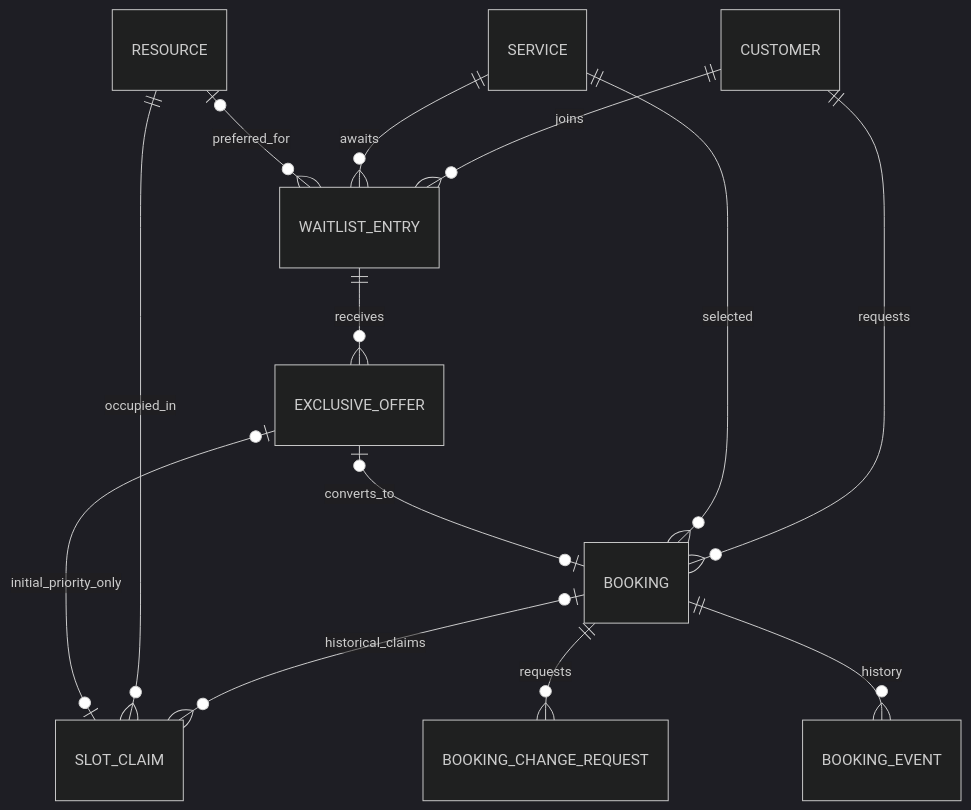
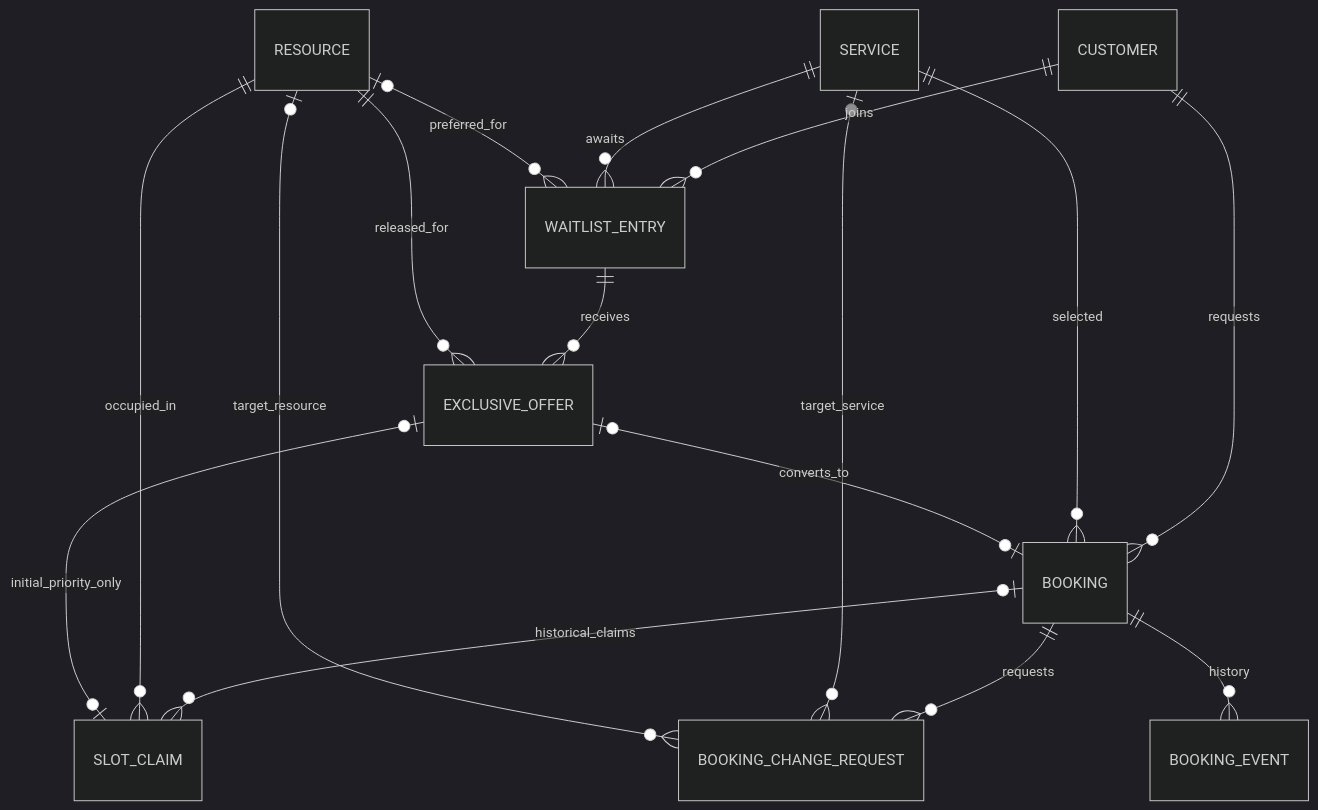
Before and after one commit to nanonoir/Agendoxa: the fourth of 9 diagrams in docs/design-docs/erd.md, drawn with Mermaid (dark theme). The commit also changed other lines of this file and 5 other files, not shown here.

Commit message:
docs(DOM-01): specify logical ERD attributes, keys and compatibility checks

````diff
--- a/docs/design-docs/erd.md
+++ b/docs/design-docs/erd.md
@@ -128,15 +129,18 @@
 ```mermaid
 erDiagram
   CUSTOMER ||--o{ BOOKING : requests
   SERVICE ||--o{ BOOKING : selected
   BOOKING o|--o{ SLOT_CLAIM : historical_claims
   RESOURCE ||--o{ SLOT_CLAIM : occupied_in
   BOOKING ||--o{ BOOKING_CHANGE_REQUEST : requests
+  SERVICE o|--o{ BOOKING_CHANGE_REQUEST : target_service
+  RESOURCE o|--o{ BOOKING_CHANGE_REQUEST : target_resource
   BOOKING ||--o{ BOOKING_EVENT : history
   CUSTOMER ||--o{ WAITLIST_ENTRY : joins
   SERVICE ||--o{ WAITLIST_ENTRY : awaits
   WAITLIST_ENTRY ||--o{ EXCLUSIVE_OFFER : receives
   EXCLUSIVE_OFFER o|--o| SLOT_CLAIM : initial_priority_only
+  RESOURCE ||--o{ EXCLUSIVE_OFFER : released_for
   RESOURCE o|--o{ WAITLIST_ENTRY : preferred_for
   EXCLUSIVE_OFFER o|--o| BOOKING : converts_to
 ```
````
